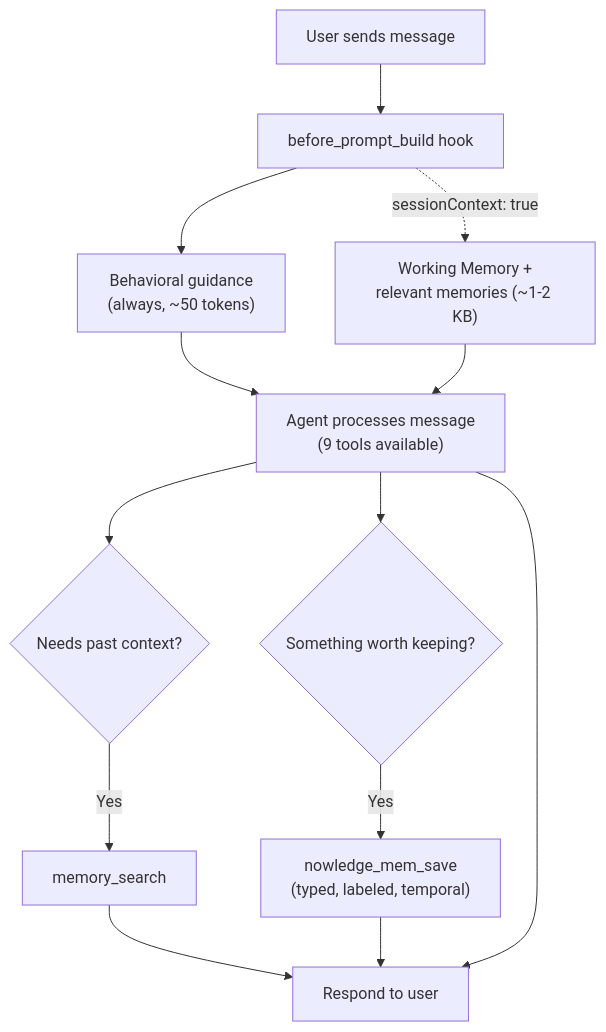
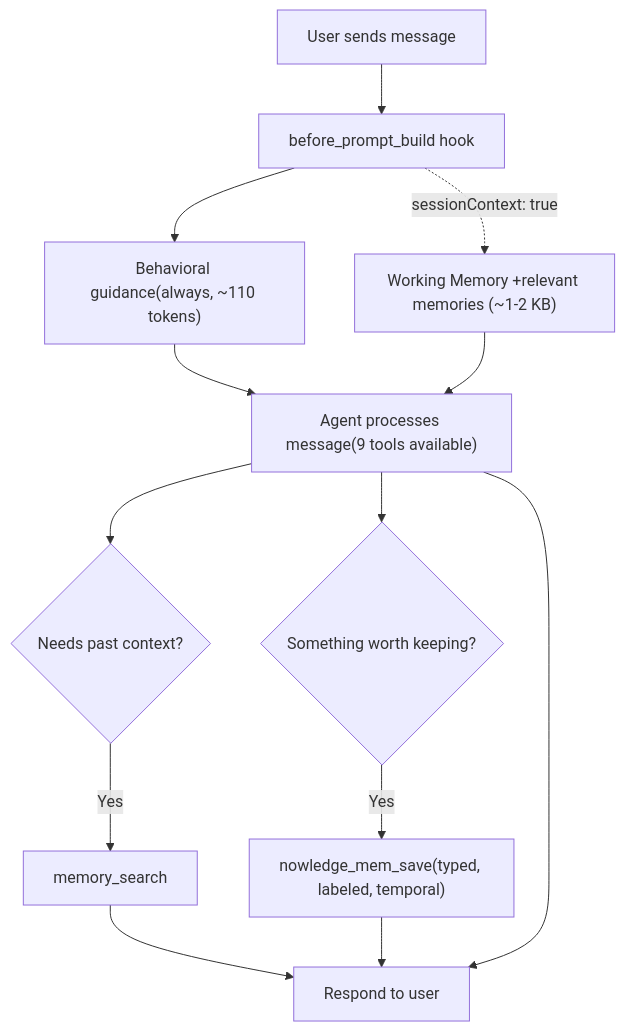
One commit to nowledge-co/community changed the first of 5 diagrams in nowledge-mem-openclaw-plugin/README.md. Above: the diagram before and after it, drawn with Mermaid. The commit also changed other lines of this file and 4 other files, not shown here.

First line of the commit message:
feat(openclaw): save dedup + context-aware behavioral guidance

````diff
--- a/nowledge-mem-openclaw-plugin/README.md
+++ b/nowledge-mem-openclaw-plugin/README.md
@@ -66,20 +66,20 @@
 ```mermaid
 flowchart TD
     A["User sends message"] --> B["before_prompt_build hook"]
 
-    B --> C["Behavioral guidance\n(always, ~50 tokens)"]
-    B -.->|"sessionContext: true"| D["Working Memory +\nrelevant memories (~1-2 KB)"]
+    B --> C["Behavioral guidance(always, ~110 tokens)"]
+    B -.->|"sessionContext: true"| D["Working Memory +relevant memories (~1-2 KB)"]
 
-    C --> E["Agent processes message\n(9 tools available)"]
+    C --> E["Agent processes message(9 tools available)"]
     D --> E
 
     E --> F{"Needs past context?"}
     F -->|"Yes"| G["memory_search"]
     G --> R
 
     E --> H{"Something worth keeping?"}
-    H -->|"Yes"| I["nowledge_mem_save\n(typed, labeled, temporal)"]
+    H -->|"Yes"| I["nowledge_mem_save(typed, labeled, temporal)"]
     I --> R
 
     E --> R["Respond to user"]
 ```
````
